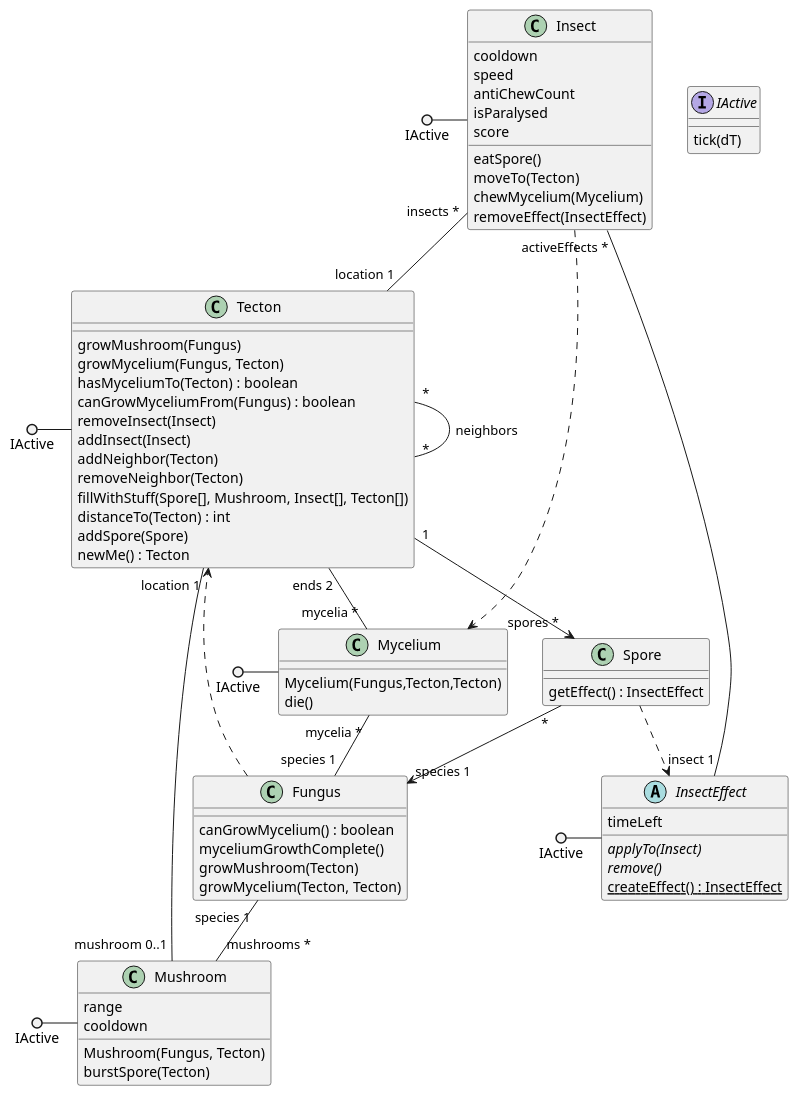
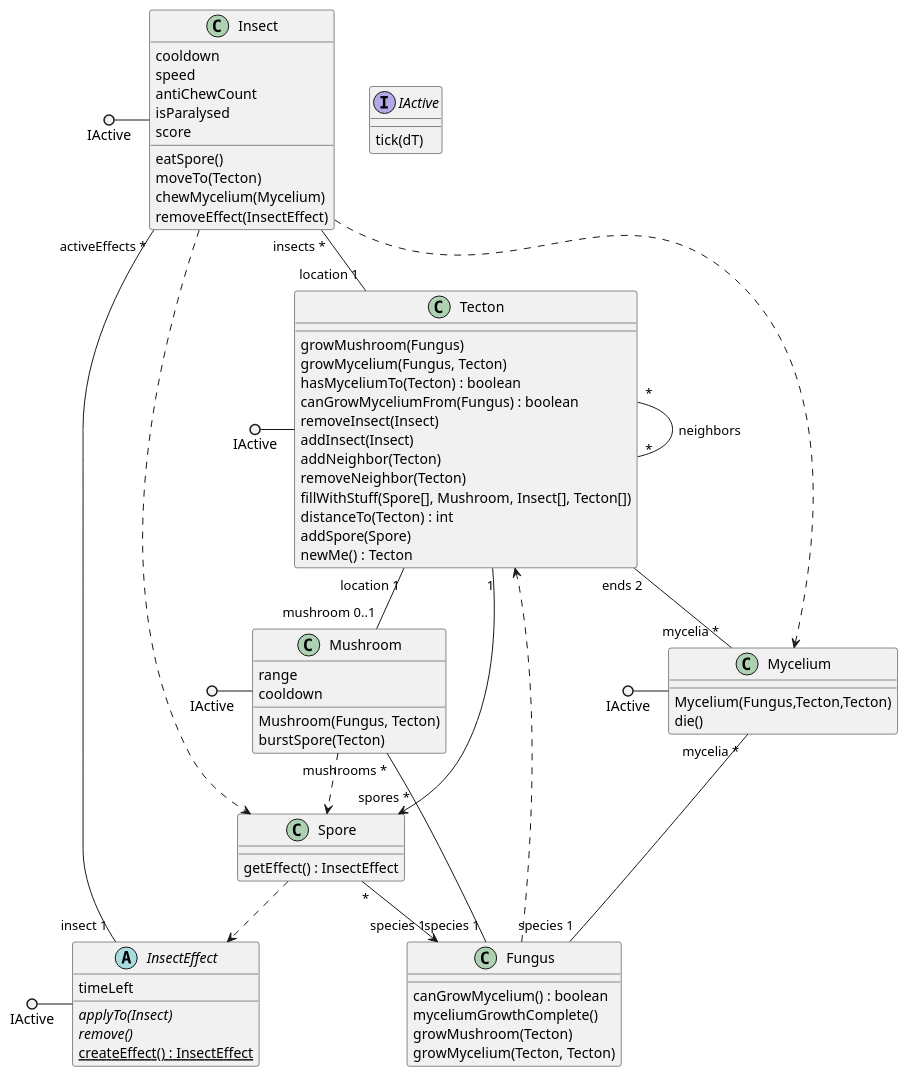
Before and after one commit to ZD4ve/projlab-error521: the diagram in classes.pu, drawn with PlantUML.

Commit message:
Added extra dependencies

```diff
--- a/classes.pu
+++ b/classes.pu
@@ -1,77 +1,79 @@
 @startuml classes
 interface IActive {
     tick(dT)
 }
 class Tecton {
     growMushroom(Fungus)
     growMycelium(Fungus, Tecton)
     hasMyceliumTo(Tecton) : boolean
     canGrowMyceliumFrom(Fungus) : boolean
     removeInsect(Insect)
     addInsect(Insect)
     addNeighbor(Tecton)
     removeNeighbor(Tecton)
     fillWithStuff(Spore[], Mushroom, Insect[], Tecton[])
     distanceTo(Tecton) : int
     addSpore(Spore)
     newMe() : Tecton
 }
 class Fungus {
     canGrowMycelium() : boolean
     myceliumGrowthComplete()
     growMushroom(Tecton)
     growMycelium(Tecton, Tecton)
 }
 class Mycelium {
     Mycelium(Fungus,Tecton,Tecton)
     die()
 }
 class Mushroom {
     range
     cooldown
     Mushroom(Fungus, Tecton)
     burstSpore(Tecton)
 }
 class Spore {
     getEffect() : InsectEffect
 }
 class Insect {
     cooldown
     speed
     antiChewCount
     isParalysed
     score
     eatSpore()
     moveTo(Tecton)
     chewMycelium(Mycelium)
     removeEffect(InsectEffect)
 }
 abstract InsectEffect {
     timeLeft
     {abstract} applyTo(Insect)
     {abstract} remove()
     {static} createEffect() : InsectEffect
 }
 
 IActive ()- Tecton
 IActive ()- Mushroom
 IActive ()- Mycelium
 IActive ()- Insect
 IActive ()- InsectEffect
 
 Tecton "*" -- "*" Tecton : neighbors
 Tecton "ends 2" -- "mycelia *" Mycelium
 Tecton "1" --> "spores *" Spore
 Tecton "location 1" -- "mushroom 0..1" Mushroom
 
 Mycelium "mycelia *" -- "species 1" Fungus
 Insect "activeEffects *" -- "insect 1" InsectEffect
 Insect "insects *" -- "location 1" Tecton
 Fungus "species 1" -- "mushrooms *" Mushroom
 Spore "*" --> "species 1" Fungus
 
 Fungus ..> Tecton
 Spore ..> InsectEffect
 Insect ..> Mycelium
+Insect ..> Spore
+Mushroom ..> Spore
 
 @enduml
```
